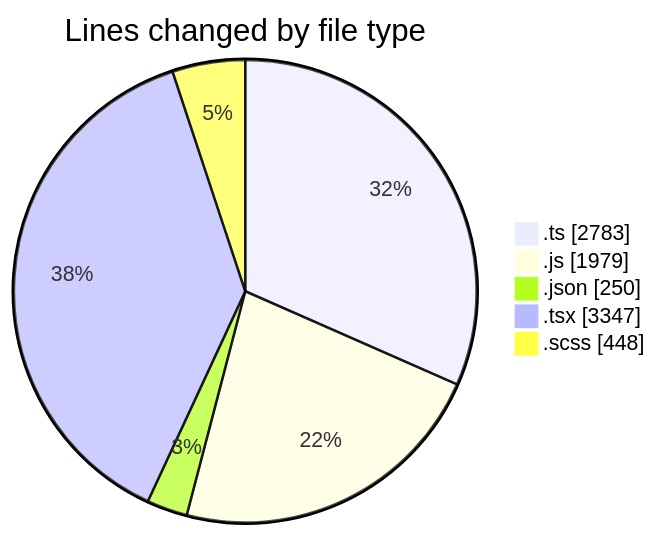
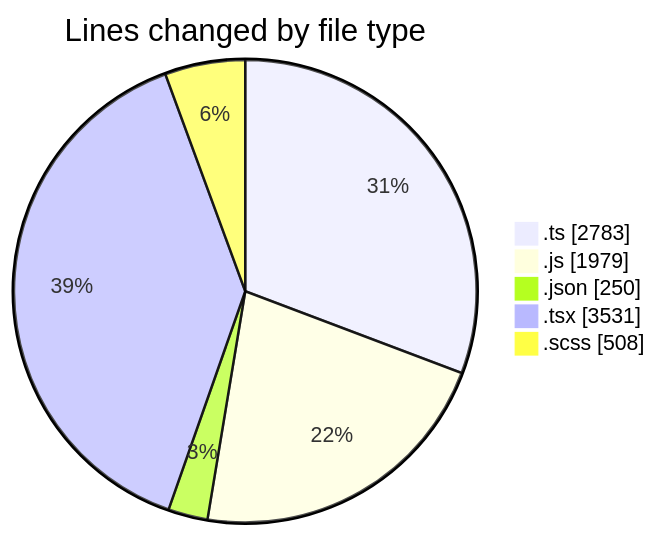
The first of 2 diagrams in 2026-06-18/cda/README.md (momahboobian/code-tracking), drawn with Mermaid before and after one commit. The commit also changed other lines of this file and 1 other file, not shown here.

````diff
--- a/2026-06-18/cda/README.md
+++ b/2026-06-18/cda/README.md
@@ -64,9 +66,9 @@
 ```mermaid
 pie showData
 title Lines changed by file type
 ".ts" : 2783
 ".js" : 1979
 ".json" : 250
-".tsx" : 3347
-".scss" : 448
+".tsx" : 3531
+".scss" : 508
 ```
````
